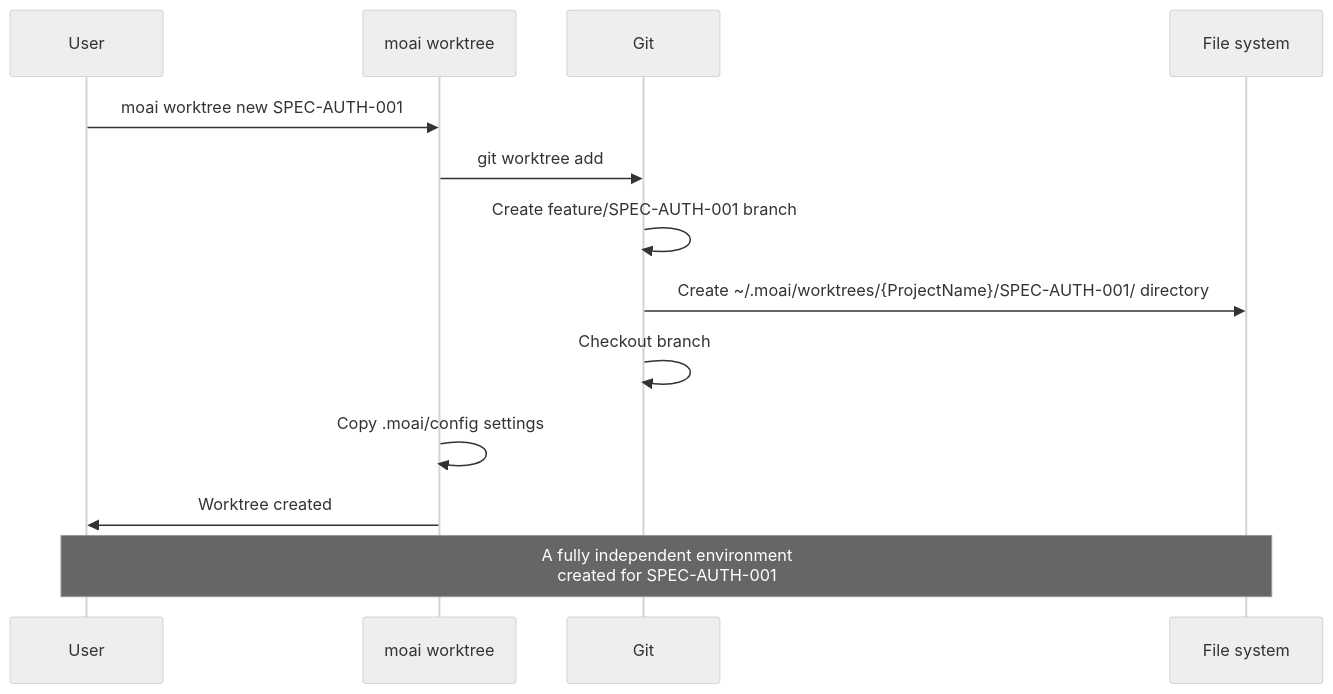
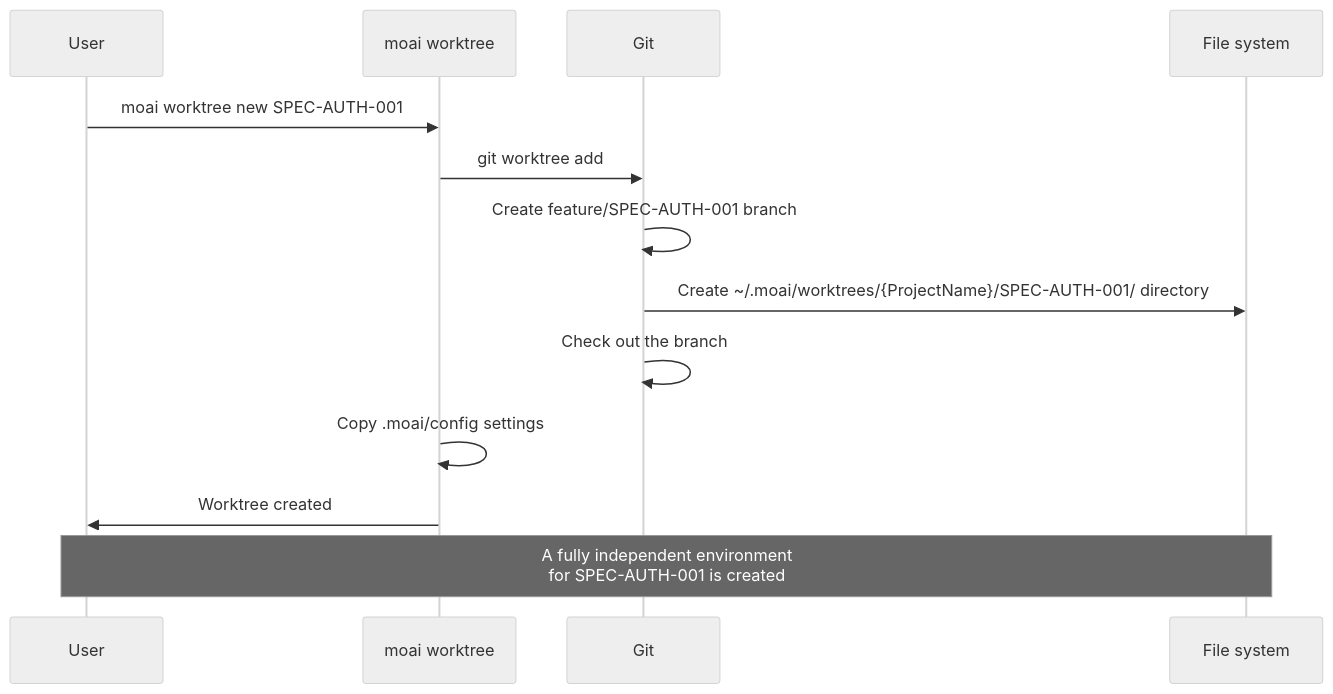
The second of 10 diagrams in docs-site/content/en/worktree/guide.md (modu-ai/moai-adk), drawn with Mermaid (neutral theme) before and after one commit. The commit also changed other lines of this file and 180 other files, not shown here.

````diff
--- a/docs-site/content/en/worktree/guide.md
+++ b/docs-site/content/en/worktree/guide.md
@@ -98,17 +94,17 @@
 ```mermaid
 sequenceDiagram
     participant User as User
     participant CLI as moai worktree
     participant Git as Git
     participant FS as File system
 
     User->>CLI: moai worktree new SPEC-AUTH-001
     CLI->>Git: git worktree add
     Git->>Git: Create feature/SPEC-AUTH-001 branch
     Git->>FS: Create ~/.moai/worktrees/{ProjectName}/SPEC-AUTH-001/ directory
-    Git->>Git: Checkout branch
+    Git->>Git: Check out the branch
     CLI->>CLI: Copy .moai/config settings
     CLI->>User: Worktree created
 
-    Note over User,FS: A fully independent environment<br/>created for SPEC-AUTH-001
+    Note over User,FS: A fully independent environment<br/>for SPEC-AUTH-001 is created
 ```
````
